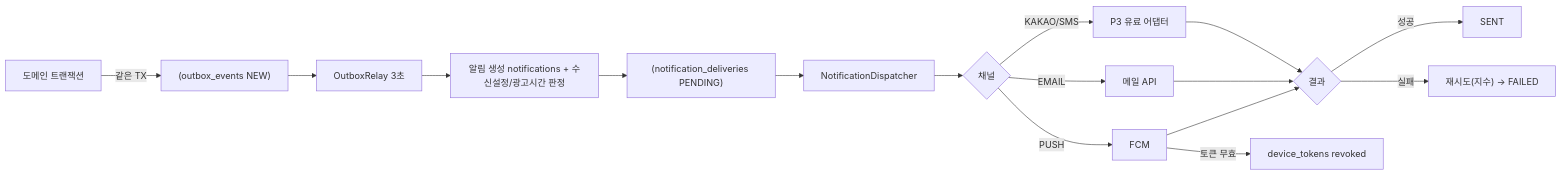
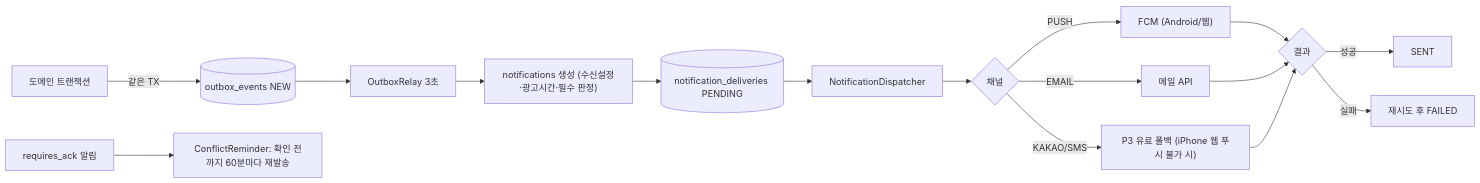
One commit to 7fsikMinQ/O changed diagram 11 of 12 in docs/02_프로세스정의서.md. Above: the diagram before and after it, drawn with Mermaid. The commit also changed other lines of this file and 38 other files, not shown here.

````diff
--- a/docs/02_프로세스정의서.md
+++ b/docs/02_프로세스정의서.md
@@ -176,16 +191,16 @@
 ```mermaid
 flowchart LR
-  A[도메인 트랜잭션] -->|같은 TX| B["(outbox_events NEW)"]
-  B --> C[OutboxRelay 3초]
-  C --> D["알림 생성 notifications + 수신설정/광고시간 판정"]
-  D --> E["(notification_deliveries PENDING)"]
-  E --> F[NotificationDispatcher]
-  F --> G{채널}
-  G -->|PUSH| H[FCM]
-  G -->|EMAIL| I[메일 API]
-  G -->|KAKAO/SMS| J[P3 유료 어댑터]
-  H & I & J --> K{결과}
-  K -->|성공| L[SENT]
-  K -->|실패| M["재시도(지수) → FAILED"]
-  H -->|토큰 무효| N[device_tokens revoked]
+  A["도메인 트랜잭션"] -->|같은 TX| B[("outbox_events NEW")]
+  B --> C["OutboxRelay 3초"]
+  C --> D["notifications 생성 (수신설정·광고시간·필수 판정)"]
+  D --> E[("notification_deliveries PENDING")]
+  E --> F["NotificationDispatcher"]
+  F --> G{"채널"}
+  G -->|PUSH| H["FCM (Android/웹)"]
+  G -->|EMAIL| I["메일 API"]
+  G -->|KAKAO/SMS| J["P3 유료 폴백 (iPhone 웹 푸시 불가 시)"]
+  H & I & J --> K{"결과"}
+  K -->|성공| L["SENT"]
+  K -->|실패| M["재시도 후 FAILED"]
+  N["requires_ack 알림"] --> O["ConflictReminder: 확인 전까지 60분마다 재발송"]
 ```
````
